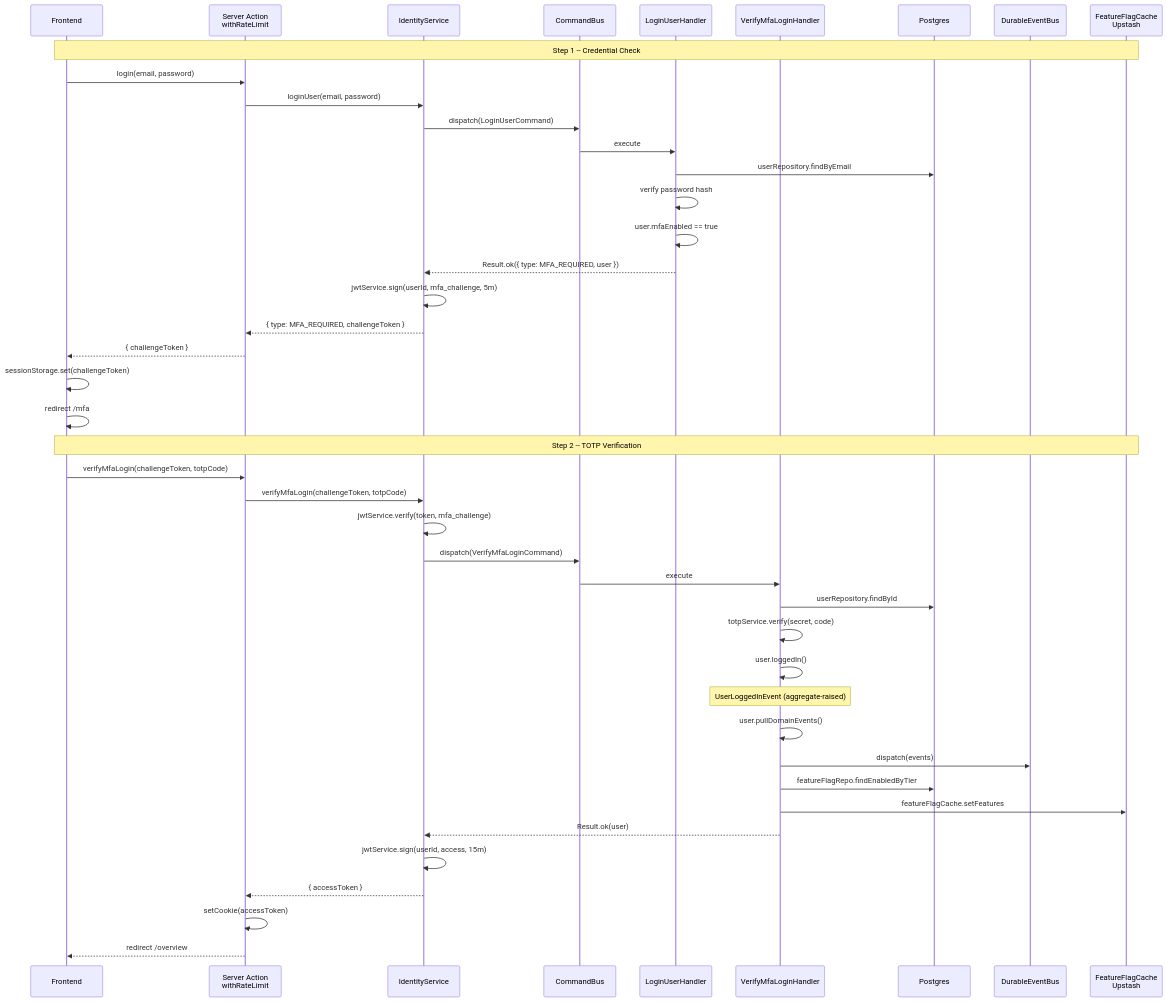
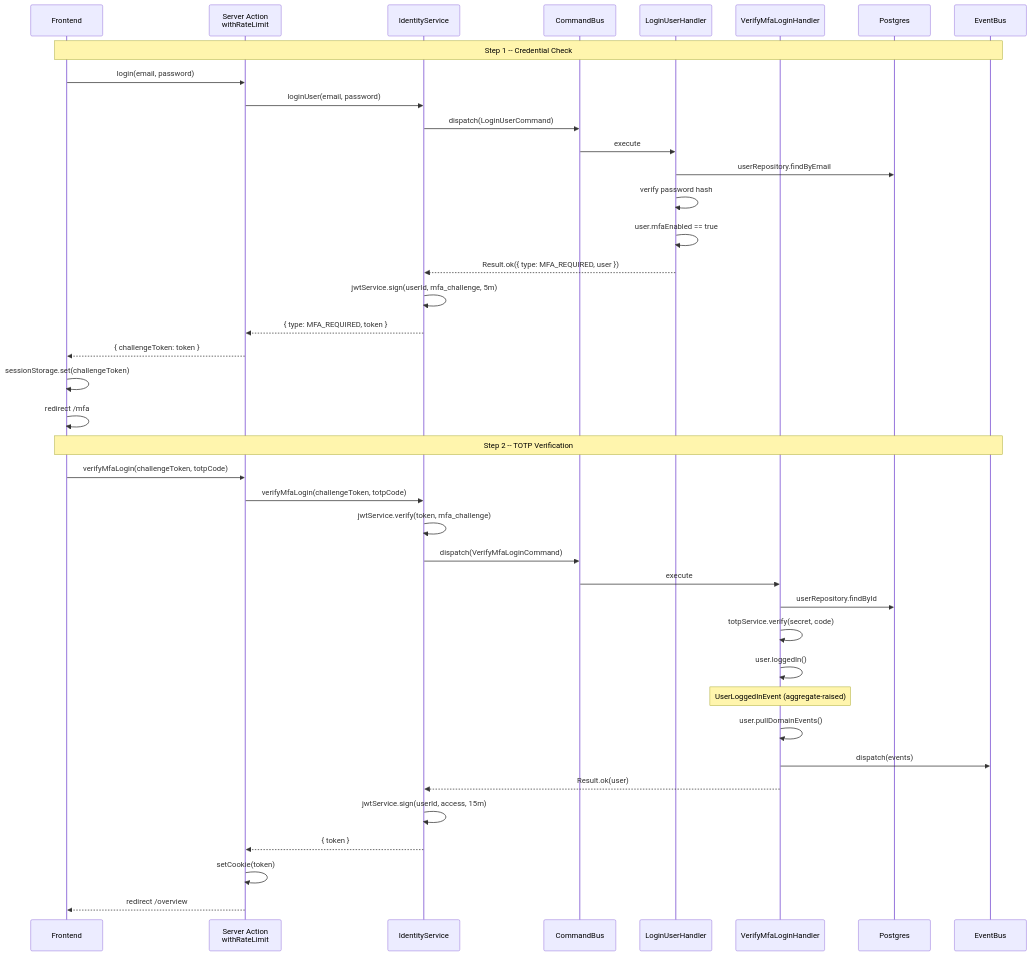
Before and after one commit to ctsmith2308/ledger: the seventh of 10 diagrams in docs/flows.md, drawn with Mermaid. The commit also changed other lines of this file and 87 other files, not shown here.

````diff
--- a/docs/flows.md
+++ b/docs/flows.md
@@ -232,47 +231,44 @@
 ```mermaid
 sequenceDiagram
     participant UI as Frontend
     participant SA as Server Action<br/>withRateLimit
     participant SVC as IdentityService
     participant CB as CommandBus
     participant LH as LoginUserHandler
     participant VH as VerifyMfaLoginHandler
     participant DB as Postgres
-    participant EB as DurableEventBus
-    participant FF as FeatureFlagCache<br/>Upstash
+    participant EB as EventBus
 
-    Note over UI,FF: Step 1 -- Credential Check
+    Note over UI,EB: Step 1 -- Credential Check
     UI->>SA: login(email, password)
     SA->>SVC: loginUser(email, password)
     SVC->>CB: dispatch(LoginUserCommand)
     CB->>LH: execute
     LH->>DB: userRepository.findByEmail
     LH->>LH: verify password hash
     LH->>LH: user.mfaEnabled == true
     LH-->>SVC: Result.ok({ type: MFA_REQUIRED, user })
     SVC->>SVC: jwtService.sign(userId, mfa_challenge, 5m)
-    SVC-->>SA: { type: MFA_REQUIRED, challengeToken }
-    SA-->>UI: { challengeToken }
+    SVC-->>SA: { type: MFA_REQUIRED, token }
+    SA-->>UI: { challengeToken: token }
     UI->>UI: sessionStorage.set(challengeToken)
     UI->>UI: redirect /mfa
 
-    Note over UI,FF: Step 2 -- TOTP Verification
+    Note over UI,EB: Step 2 -- TOTP Verification
     UI->>SA: verifyMfaLogin(challengeToken, totpCode)
     SA->>SVC: verifyMfaLogin(challengeToken, totpCode)
     SVC->>SVC: jwtService.verify(token, mfa_challenge)
     SVC->>CB: dispatch(VerifyMfaLoginCommand)
     CB->>VH: execute
     VH->>DB: userRepository.findById
     VH->>VH: totpService.verify(secret, code)
     VH->>VH: user.loggedIn()
     Note over VH: UserLoggedInEvent (aggregate-raised)
     VH->>VH: user.pullDomainEvents()
     VH->>EB: dispatch(events)
-    VH->>DB: featureFlagRepo.findEnabledByTier
-    VH->>FF: featureFlagCache.setFeatures
     VH-->>SVC: Result.ok(user)
     SVC->>SVC: jwtService.sign(userId, access, 15m)
-    SVC-->>SA: { accessToken }
-    SA->>SA: setCookie(accessToken)
+    SVC-->>SA: { token }
+    SA->>SA: setCookie(token)
     SA-->>UI: redirect /overview
 ```
````
